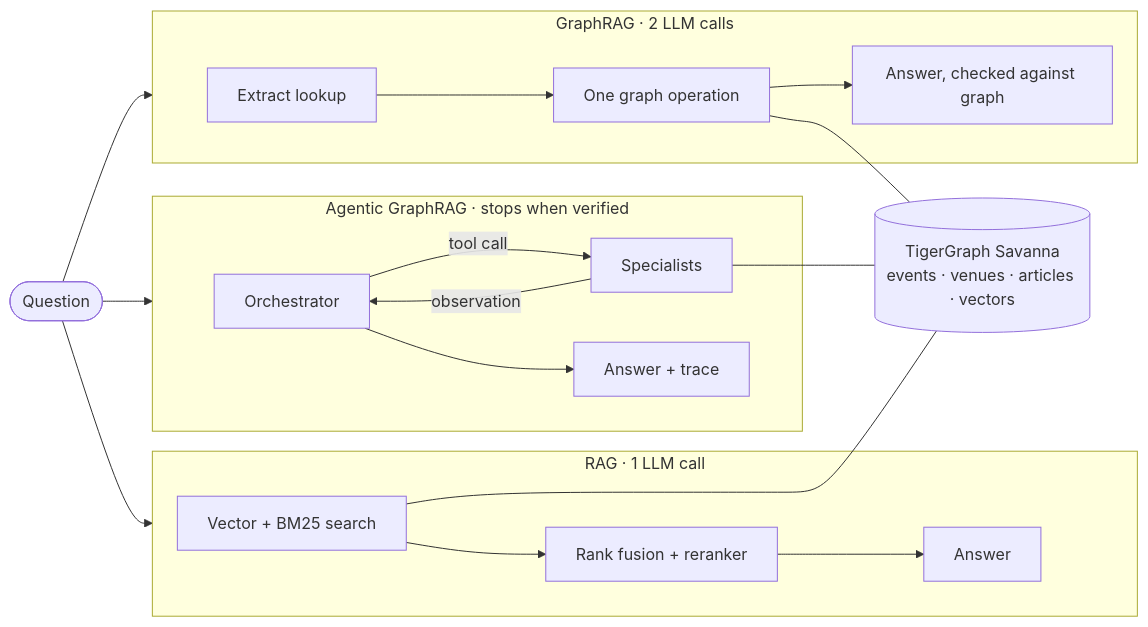
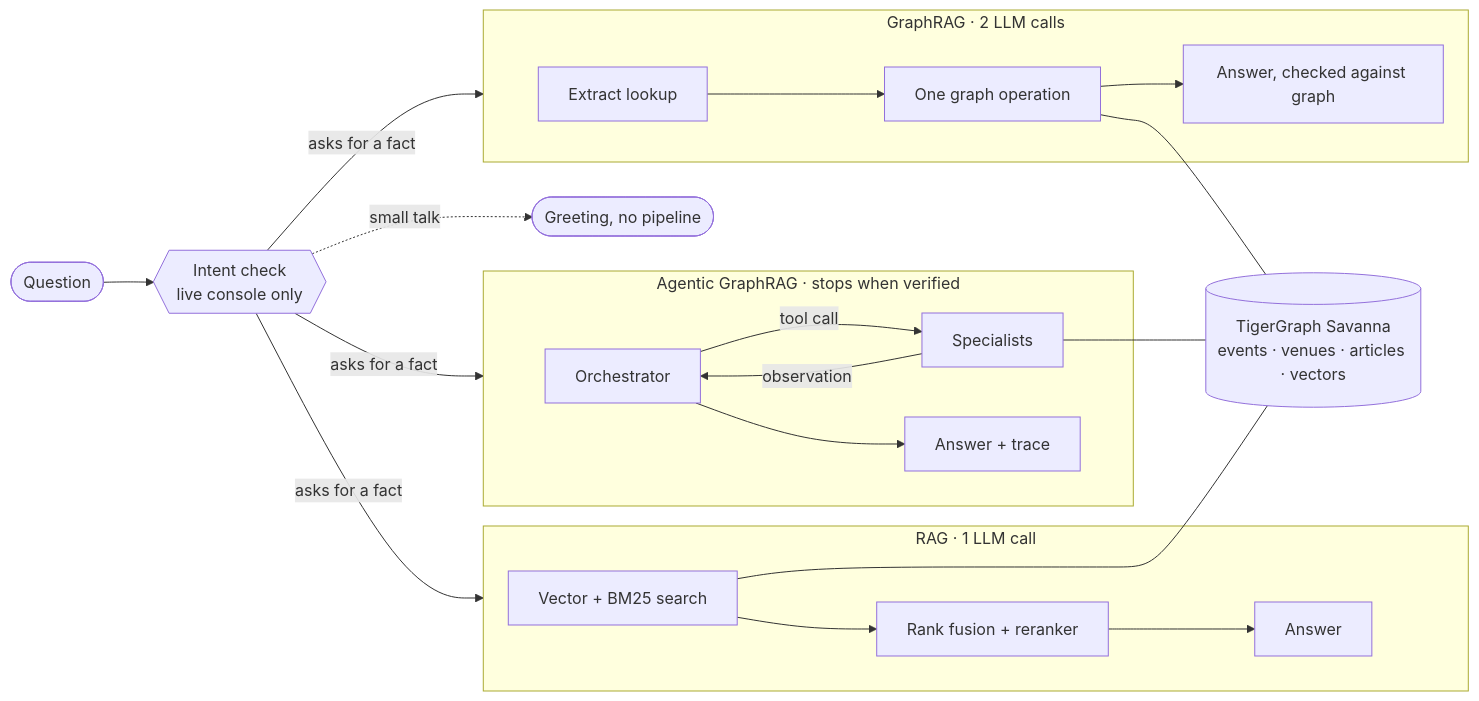
Before and after one commit to simon-derock/stellium: the diagram in README.md, drawn with Mermaid. The commit also changed other lines of this file and 9 other files, not shown here.

````diff
--- a/README.md
+++ b/README.md
@@ -102,20 +129,22 @@
 ```mermaid
 flowchart LR
-    Q([Question]) --> RAG & GR & AG
+    Q([Question]) --> I{{Intent check<br/>live console only}}
+    I -->|asks for a fact| RAG & GR & AG
+    I -.->|small talk| W([Greeting, no pipeline])
 
     subgraph RAG [RAG · 1 LLM call]
         R1[Vector + BM25 search] --> R2[Rank fusion + reranker] --> R3[Answer]
     end
 
     subgraph GR [GraphRAG · 2 LLM calls]
         G1[Extract lookup] --> G2[One graph operation] --> G3[Answer, checked against graph]
     end
 
     subgraph AG [Agentic GraphRAG · stops when verified]
         O[Orchestrator] -->|tool call| T[Specialists]
         T -->|observation| O
         O --> A[Answer + trace]
     end
 
     R1 & G2 & T --- TG[(TigerGraph Savanna<br/>events · venues · articles · vectors)]
 ```
````
